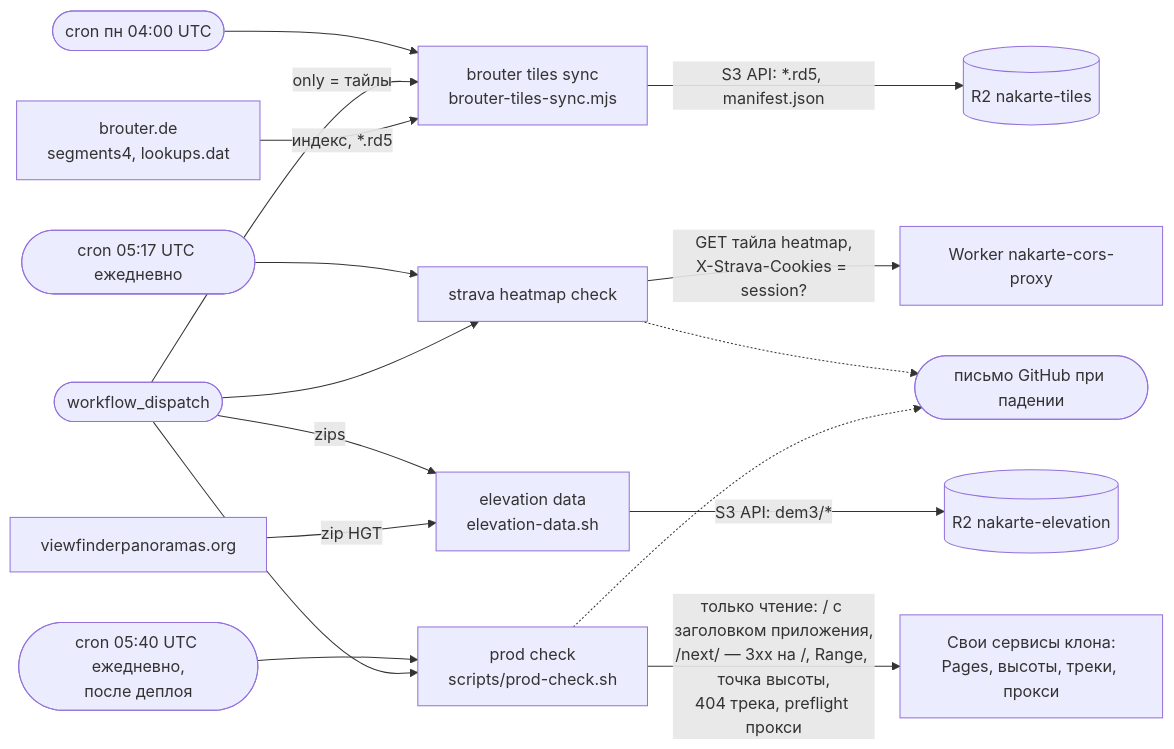
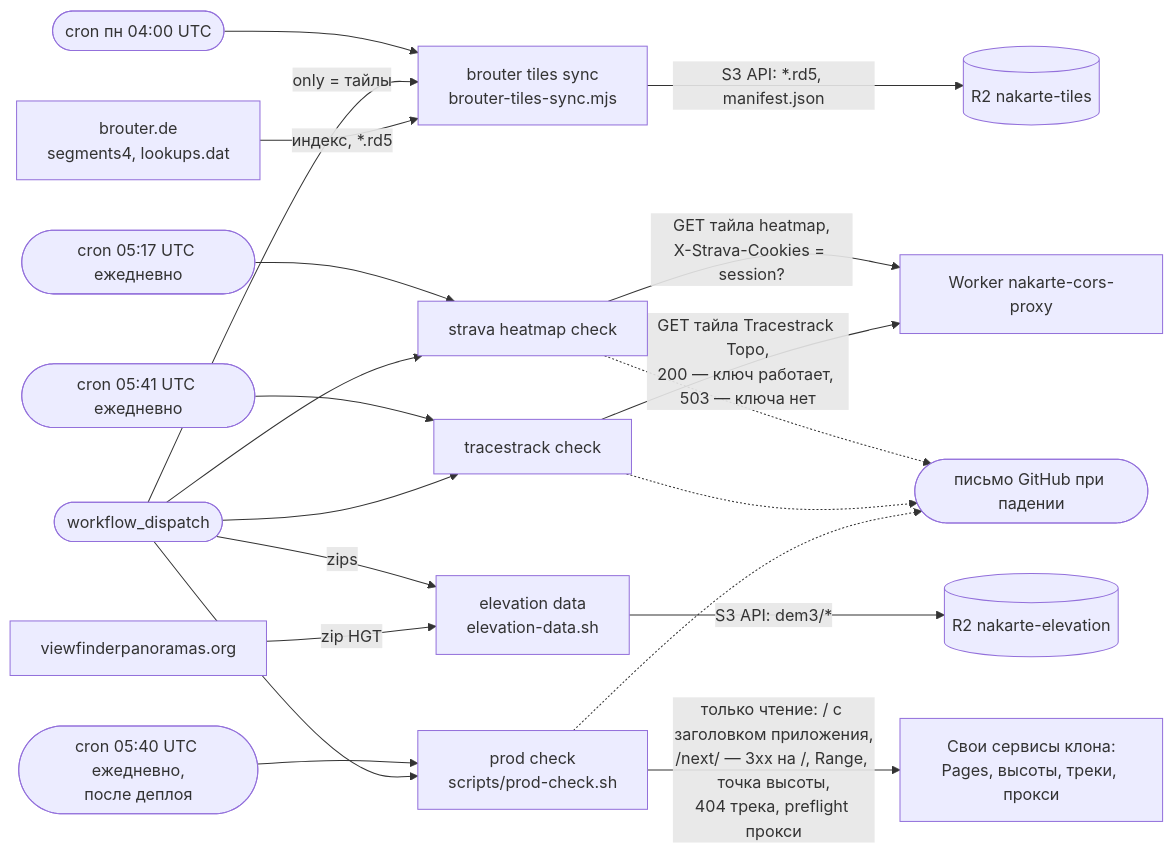
Before and after one commit to sergeycw/nakarte: the second of 2 diagrams in docs/architecture/ci-cd.md, drawn with Mermaid. The commit also changed other lines of this file and 6 other files, not shown here.

````diff
--- a/docs/architecture/ci-cd.md
+++ b/docs/architecture/ci-cd.md
@@ -54,36 +54,42 @@
 ```mermaid
 flowchart LR
     cron2(["cron пн 04:00 UTC"])
     cron3(["cron 05:17 UTC ежедневно"])
+    cron5(["cron 05:41 UTC ежедневно"])
     manual(["workflow_dispatch"])
 
     sync["brouter tiles sync<br/>brouter-tiles-sync.mjs"]
     edata["elevation data<br/>elevation-data.sh"]
     scheck["strava heatmap check"]
+    tcheck["tracestrack check"]
     pcheck["prod check<br/>scripts/prod-check.sh"]
     cron4(["cron 05:40 UTC ежедневно,<br/>после деплоя"])
     own["Свои сервисы клона:<br/>Pages, высоты, треки, прокси"]
 
     brouterde["brouter.de<br/>segments4, lookups.dat"]
     vfp["viewfinderpanoramas.org"]
     r2tiles[("R2 nakarte-tiles")]
     r2elev[("R2 nakarte-elevation")]
     proxy["Worker nakarte-cors-proxy"]
     mail(["письмо GitHub при падении"])
 
     cron2 --> sync
     manual -->|"only = тайлы"| sync
     manual -->|"zips"| edata
     cron3 --> scheck
     manual --> scheck
     brouterde -->|"индекс, *.rd5"| sync
     sync -->|"S3 API: *.rd5, manifest.json"| r2tiles
     vfp -->|"zip HGT"| edata
     edata -->|"S3 API: dem3/*"| r2elev
     scheck -->|"GET тайла heatmap,<br/>X-Strava-Cookies = session?"| proxy
     scheck -.-> mail
+    cron5 --> tcheck
+    manual --> tcheck
+    tcheck -->|"GET тайла Tracestrack Topo,<br/>200 — ключ работает, 503 — ключа нет"| proxy
+    tcheck -.-> mail
     cron4 --> pcheck
     manual --> pcheck
     pcheck -->|"только чтение: / с заголовком приложения,<br/>/next/ — 3xx на /, Range, точка высоты,<br/>404 трека, preflight прокси"| own
     pcheck -.-> mail
 ```
````
